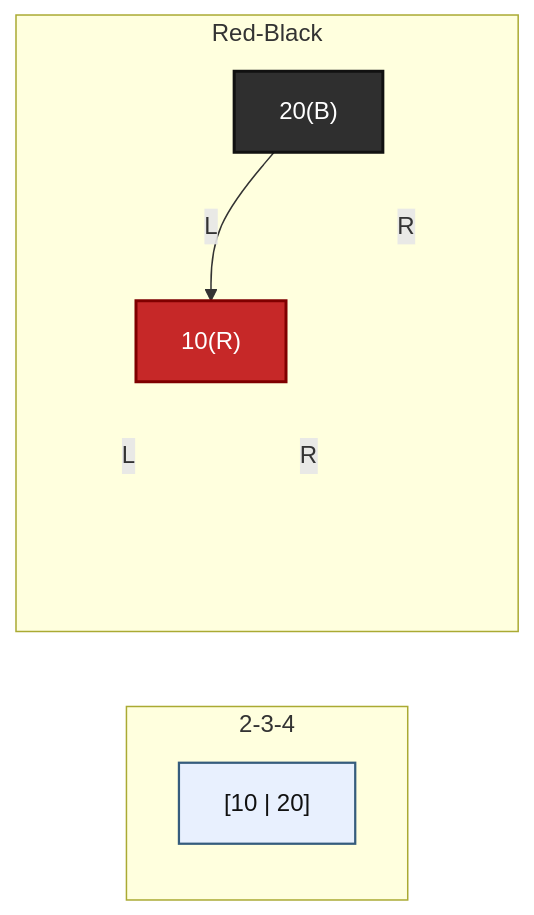
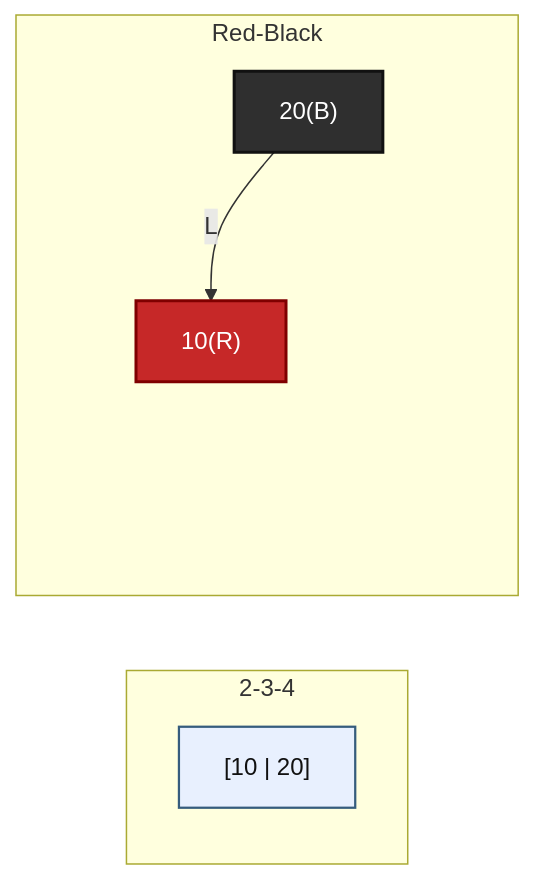
The eighth of 24 diagrams in knowledge/linux/data_structures/红黑树_rb-tree/P35_红黑插入与红红冲突上推.md (FormingSystem/linux_note), drawn with Mermaid before and after one commit. The commit also changed other lines of this file and 5 other files, not shown here.

````diff
--- a/knowledge/linux/data_structures/红黑树_rb-tree/P35_红黑插入与红红冲突上推.md
+++ b/knowledge/linux/data_structures/红黑树_rb-tree/P35_红黑插入与红红冲突上推.md
@@ -437,34 +437,34 @@
 ```mermaid
 graph LR
 	subgraph "2-3-4"
 		A["[10 | 20]"]
 	end
 
 	subgraph "Red-Black"
 		B["20(B)"]
 		C["10(R)"]
 		RG[" "]
 		CL[" "]
 		CR[" "]
 	end
 
 	B -->|"L"| C
-	B -->|"R"| RG
+	B --> RG
 
-	C -->|"L"| CL
-	C -->|"R"| CR
+	C --> CL
+	C --> CR
 
 	classDef node234 fill:#e8f0fe,stroke:#355c7d,color:#111,stroke-width:1.5px;
 	classDef black fill:#2f2f2f,stroke:#111,color:#fff,stroke-width:2px;
 	classDef red fill:#c62828,stroke:#7f0000,color:#fff,stroke-width:2px;
 	classDef ghost fill:transparent,stroke:transparent,color:transparent;
 
 	class A node234;
 	class B black;
 	class C red;
 	class RG,CL,CR ghost;
 
 	linkStyle 1 stroke:transparent;
 	linkStyle 2 stroke:transparent;
 	linkStyle 3 stroke:transparent;
 ```
````
